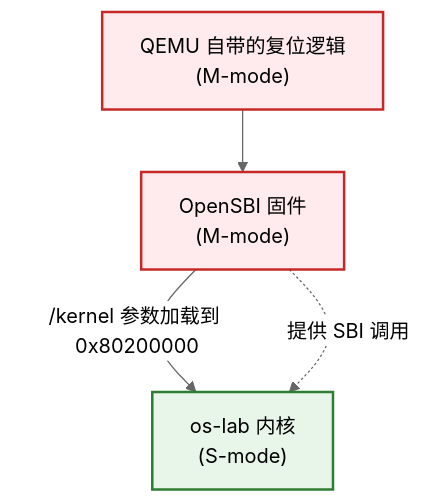
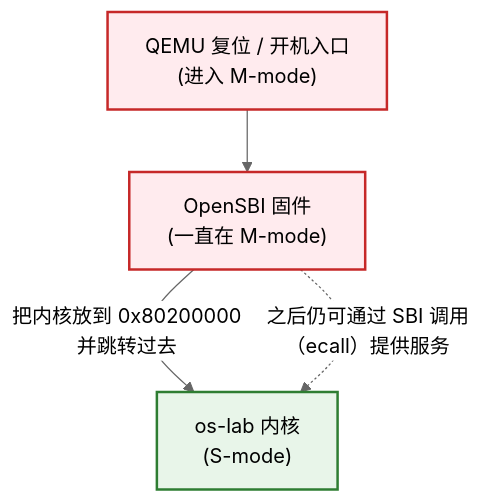
One commit to AM-SuSh/EVOLVE changed the first of 3 diagrams in os-lab/labs/lab1-bare-metal.md. Above: the diagram before and after it, drawn with Mermaid (neutral theme). The commit also changed other lines of this file and 34 other files, not shown here.

````diff
--- a/os-lab/labs/lab1-bare-metal.md
+++ b/os-lab/labs/lab1-bare-metal.md
@@ -46,11 +72,11 @@
 ```mermaid
 graph TD
-    ROM["QEMU 自带的复位逻辑<br/>(M-mode)"] --> OpenSBI["OpenSBI 固件<br/>(M-mode)"]
-    OpenSBI -->|"/kernel 参数加载到 0x80200000"| Kernel["os-lab 内核<br/>(S-mode)"]
-    OpenSBI -.->|"提供 SBI 调用"| Kernel
+    ROM["QEMU 复位 / 开机入口<br/>(进入 M-mode)"] --> OpenSBI["OpenSBI 固件<br/>(一直在 M-mode)"]
+    OpenSBI -->|"把内核放到 0x80200000<br/>并跳转过去"| Kernel["os-lab 内核<br/>(S-mode)"]
+    OpenSBI -.->|"之后仍可通过 SBI 调用<br/>（ecall）提供服务"| Kernel
 
     classDef mmode fill:#ffebee,stroke:#c62828,stroke-width:2px;
     classDef smode fill:#e8f5e9,stroke:#2e7d32,stroke-width:2px;
     class ROM,OpenSBI mmode;
     class Kernel smode;
 ```
````
